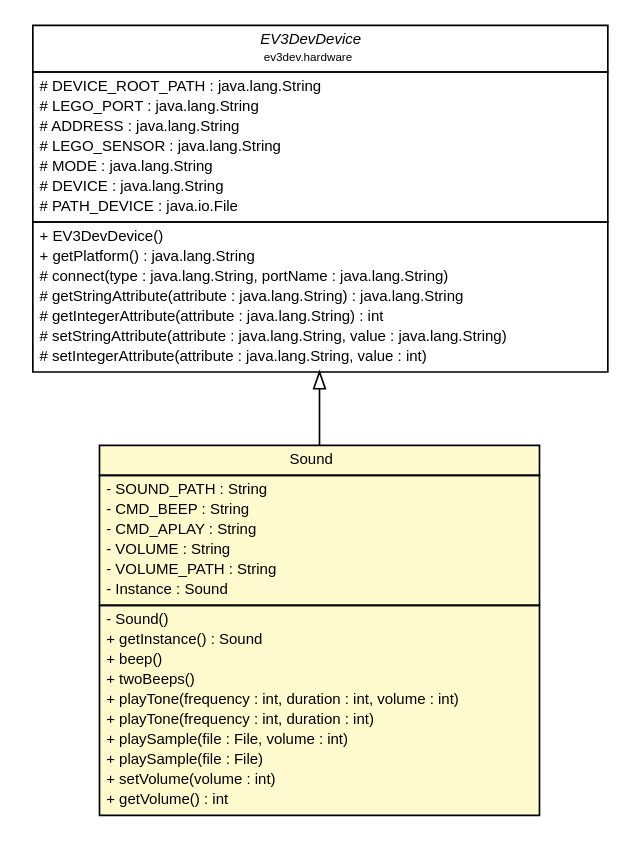
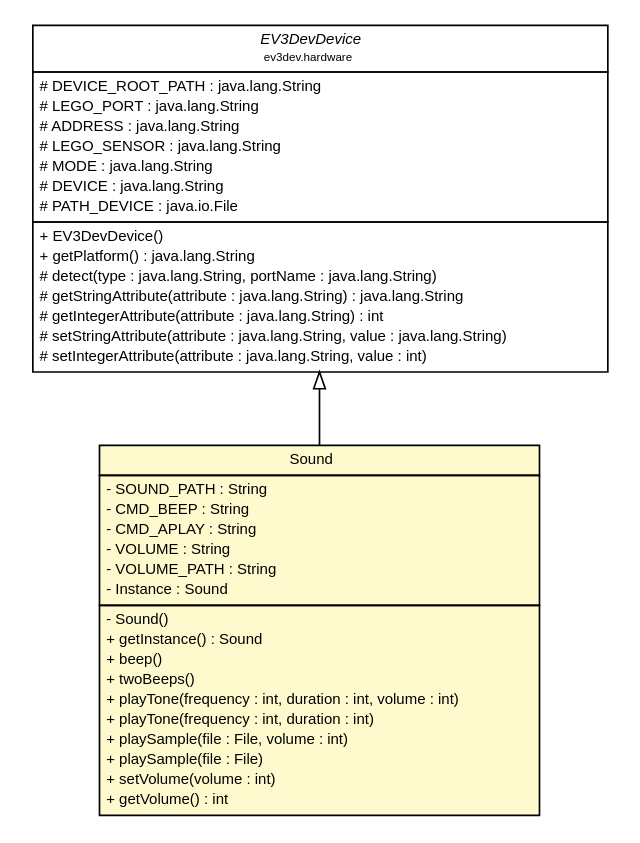
The diagram in docs/api/v0.3.0/ev3dev/hardware/actuators/Sound.dot (Project516/ev3dev-lang-java.github.io), drawn with Graphviz before and after one commit. The commit also changed 331 other files, not shown here.

```diff
--- a/docs/api/v0.3.0/ev3dev/hardware/actuators/Sound.dot
+++ b/docs/api/v0.3.0/ev3dev/hardware/actuators/Sound.dot
@@ -1,65 +1,65 @@
 #!/usr/local/bin/dot
 #
 # Class diagram 
 # Generated by UMLGraph version R5_6-24-gf6e263 (http://www.umlgraph.org/)
 #
 
 digraph G {
 	edge [fontname="Helvetica",fontsize=10,labelfontname="Helvetica",labelfontsize=10];
 	node [fontname="Helvetica",fontsize=10,shape=plaintext];
 	nodesep=0.25;
 	ranksep=0.5;
 	// ev3dev.hardware.EV3DevDevice
-	c7581 [label=<<table title="ev3dev.hardware.EV3DevDevice" border="0" cellborder="1" cellspacing="0" cellpadding="2" port="p" href="../EV3DevDevice.html">
+	c7071 [label=<<table title="ev3dev.hardware.EV3DevDevice" border="0" cellborder="1" cellspacing="0" cellpadding="2" port="p" href="../EV3DevDevice.html">
 		<tr><td><table border="0" cellspacing="0" cellpadding="1">
 <tr><td align="center" balign="center"><font face="Helvetica-Oblique"> EV3DevDevice </font></td></tr>
 <tr><td align="center" balign="center"><font point-size="7.0"> ev3dev.hardware </font></td></tr>
 		</table></td></tr>
 		<tr><td><table border="0" cellspacing="0" cellpadding="1">
 <tr><td align="left" balign="left"> # DEVICE_ROOT_PATH : java.lang.String </td></tr>
 <tr><td align="left" balign="left"> # LEGO_PORT : java.lang.String </td></tr>
 <tr><td align="left" balign="left"> # ADDRESS : java.lang.String </td></tr>
 <tr><td align="left" balign="left"> # LEGO_SENSOR : java.lang.String </td></tr>
 <tr><td align="left" balign="left"> # MODE : java.lang.String </td></tr>
 <tr><td align="left" balign="left"> # DEVICE : java.lang.String </td></tr>
 <tr><td align="left" balign="left"> # PATH_DEVICE : java.io.File </td></tr>
 		</table></td></tr>
 		<tr><td><table border="0" cellspacing="0" cellpadding="1">
 <tr><td align="left" balign="left"> + EV3DevDevice() </td></tr>
 <tr><td align="left" balign="left"> + getPlatform() : java.lang.String </td></tr>
-<tr><td align="left" balign="left"> # connect(type : java.lang.String, portName : java.lang.String) </td></tr>
+<tr><td align="left" balign="left"> # detect(type : java.lang.String, portName : java.lang.String) </td></tr>
 <tr><td align="left" balign="left"> # getStringAttribute(attribute : java.lang.String) : java.lang.String </td></tr>
 <tr><td align="left" balign="left"> # getIntegerAttribute(attribute : java.lang.String) : int </td></tr>
 <tr><td align="left" balign="left"> # setStringAttribute(attribute : java.lang.String, value : java.lang.String) </td></tr>
 <tr><td align="left" balign="left"> # setIntegerAttribute(attribute : java.lang.String, value : int) </td></tr>
 		</table></td></tr>
 		</table>>, URL="../EV3DevDevice.html", fontname="Helvetica", fontcolor="black", fontsize=9.0];
 	// ev3dev.hardware.actuators.Sound
-	c7586 [label=<<table title="ev3dev.hardware.actuators.Sound" border="0" cellborder="1" cellspacing="0" cellpadding="2" port="p" bgcolor="lemonChiffon" href="./Sound.html">
+	c7076 [label=<<table title="ev3dev.hardware.actuators.Sound" border="0" cellborder="1" cellspacing="0" cellpadding="2" port="p" bgcolor="lemonChiffon" href="./Sound.html">
 		<tr><td><table border="0" cellspacing="0" cellpadding="1">
 <tr><td align="center" balign="center"> Sound </td></tr>
 		</table></td></tr>
 		<tr><td><table border="0" cellspacing="0" cellpadding="1">
 <tr><td align="left" balign="left"> - SOUND_PATH : String </td></tr>
 <tr><td align="left" balign="left"> - CMD_BEEP : String </td></tr>
 <tr><td align="left" balign="left"> - CMD_APLAY : String </td></tr>
 <tr><td align="left" balign="left"> - VOLUME : String </td></tr>
 <tr><td align="left" balign="left"> - VOLUME_PATH : String </td></tr>
 <tr><td align="left" balign="left"> - Instance : Sound </td></tr>
 		</table></td></tr>
 		<tr><td><table border="0" cellspacing="0" cellpadding="1">
 <tr><td align="left" balign="left"> - Sound() </td></tr>
 <tr><td align="left" balign="left"> + getInstance() : Sound </td></tr>
 <tr><td align="left" balign="left"> + beep() </td></tr>
 <tr><td align="left" balign="left"> + twoBeeps() </td></tr>
 <tr><td align="left" balign="left"> + playTone(frequency : int, duration : int, volume : int) </td></tr>
 <tr><td align="left" balign="left"> + playTone(frequency : int, duration : int) </td></tr>
 <tr><td align="left" balign="left"> + playSample(file : File, volume : int) </td></tr>
 <tr><td align="left" balign="left"> + playSample(file : File) </td></tr>
 <tr><td align="left" balign="left"> + setVolume(volume : int) </td></tr>
 <tr><td align="left" balign="left"> + getVolume() : int </td></tr>
 		</table></td></tr>
 		</table>>, URL="./Sound.html", fontname="Helvetica", fontcolor="black", fontsize=9.0];
 	//ev3dev.hardware.actuators.Sound extends ev3dev.hardware.EV3DevDevice
-	c7581:p -> c7586:p [dir=back,arrowtail=empty];
+	c7071:p -> c7076:p [dir=back,arrowtail=empty];
 }
```
